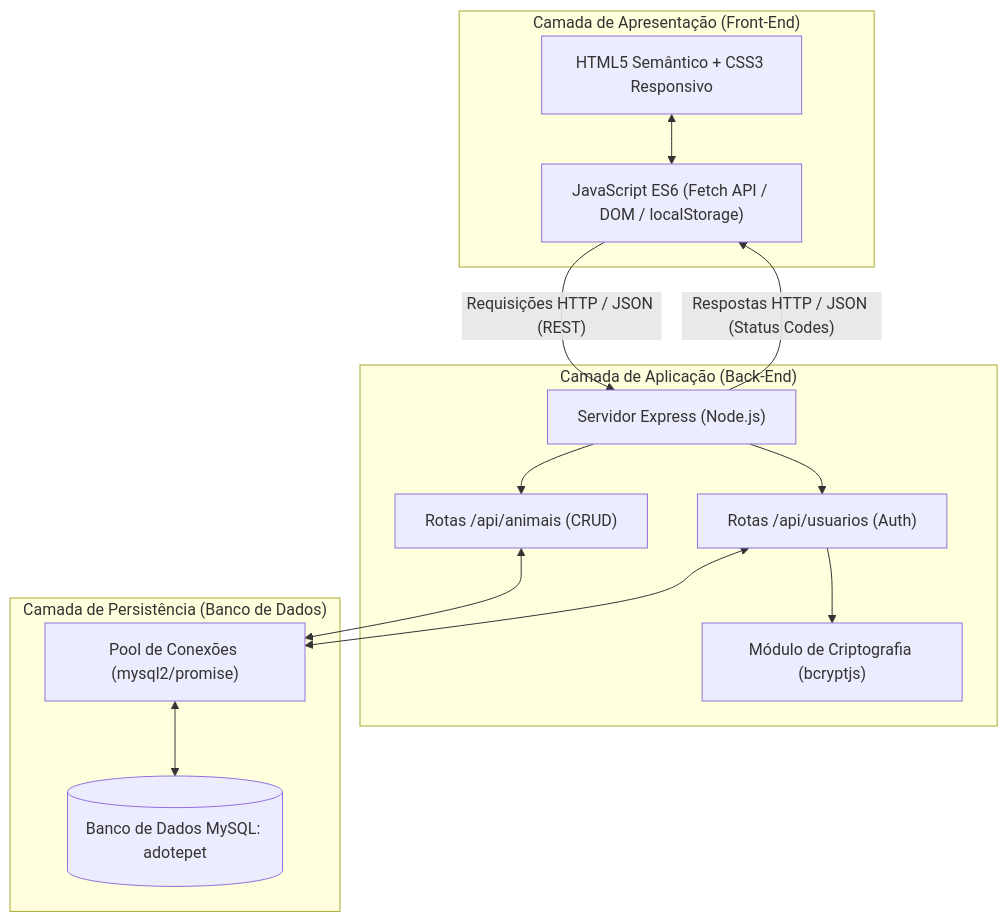
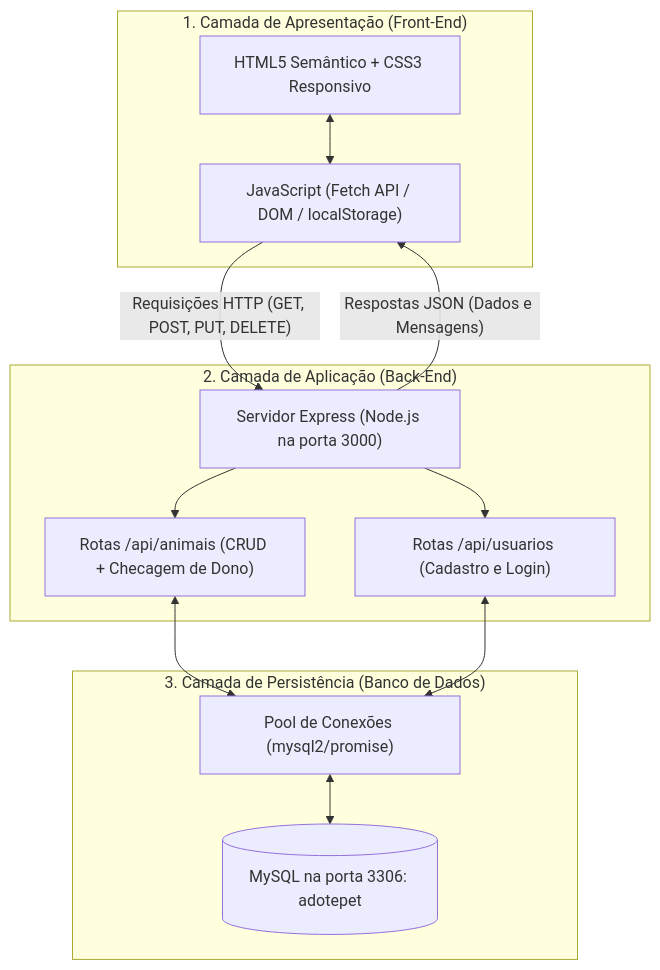
One commit to leonardoclisboa/AdotePet-Projeto-Academico changed the first of 3 diagrams in DOCUMENTACAO_TECNICA.md. Above: the diagram before and after it, drawn with Mermaid. The commit also changed other lines of this file and 5 other files, not shown here.

````diff
--- a/DOCUMENTACAO_TECNICA.md
+++ b/DOCUMENTACAO_TECNICA.md
@@ -52,29 +57,27 @@
 ```mermaid
 flowchart TD
-    subgraph Cliente["Camada de Apresentação (Front-End)"]
+    subgraph Cliente["1. Camada de Apresentação (Front-End)"]
         UI["HTML5 Semântico + CSS3 Responsivo"]
-        JS["JavaScript ES6 (Fetch API / DOM / localStorage)"]
+        JS["JavaScript (Fetch API / DOM / localStorage)"]
         UI <--> JS
     end
 
-    subgraph Servidor["Camada de Aplicação (Back-End)"]
-        EXP["Servidor Express (Node.js)"]
-        ROUT_A["Rotas /api/animais (CRUD)"]
-        ROUT_U["Rotas /api/usuarios (Auth)"]
-        BCRYPT["Módulo de Criptografia (bcryptjs)"]
+    subgraph Servidor["2. Camada de Aplicação (Back-End)"]
+        EXP["Servidor Express (Node.js na porta 3000)"]
+        ROUT_A["Rotas /api/animais (CRUD + Checagem de Dono)"]
+        ROUT_U["Rotas /api/usuarios (Cadastro e Login)"]
         EXP --> ROUT_A
         EXP --> ROUT_U
-        ROUT_U --> BCRYPT
     end
 
-    subgraph Dados["Camada de Persistência (Banco de Dados)"]
+    subgraph Dados["3. Camada de Persistência (Banco de Dados)"]
         POOL["Pool de Conexões (mysql2/promise)"]
-        MYSQL[("Banco de Dados MySQL: adotepet")]
+        MYSQL[("MySQL na porta 3306: adotepet")]
         POOL <--> MYSQL
     end
 
-    JS -- "Requisições HTTP / JSON (REST)" --> EXP
-    EXP -- "Respostas HTTP / JSON (Status Codes)" --> JS
+    JS -- "Requisições HTTP (GET, POST, PUT, DELETE)" --> EXP
+    EXP -- "Respostas JSON (Dados e Mensagens)" --> JS
     ROUT_A <--> POOL
     ROUT_U <--> POOL
 ```
````
